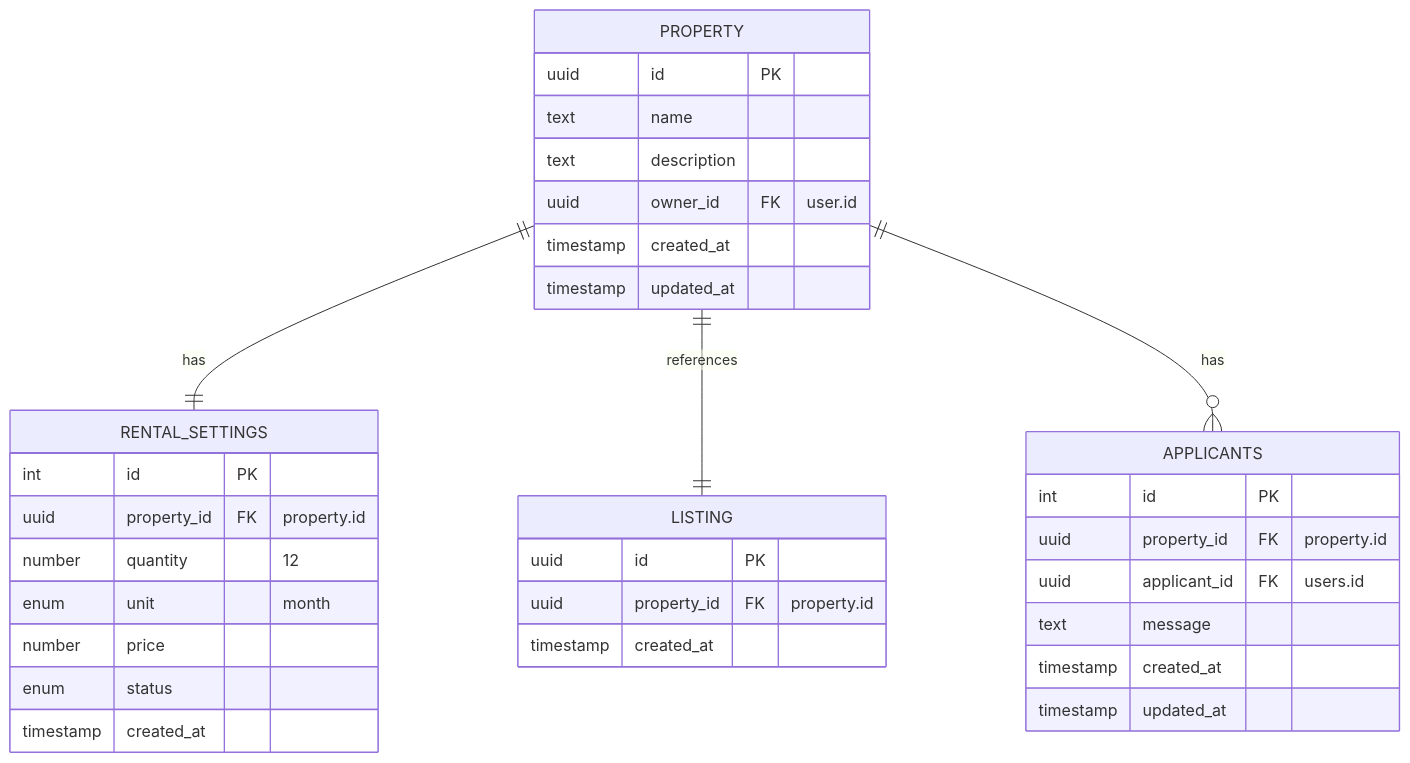
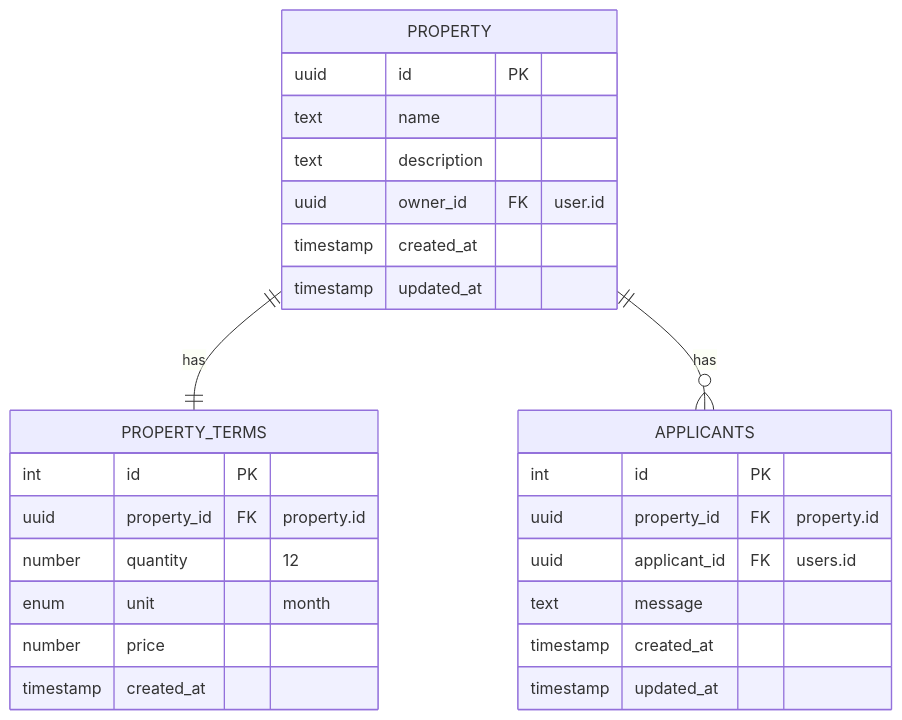
One commit to UpBrewTech/project-leasa changed the second of 3 diagrams in docs/ERD.md. Above: the diagram before and after it, drawn with Mermaid. The commit also changed other lines of this file, not shown here.

Commit message:
minor update

````diff
--- a/docs/ERD.md
+++ b/docs/ERD.md
@@ -55,41 +58,33 @@
 ```mermaid
 erDiagram
 
 PROPERTY {
     uuid id PK
     text name
     text description
     uuid owner_id FK "user.id"
     timestamp created_at
     timestamp updated_at
 }
 
-RENTAL_SETTINGS {
+PROPERTY_TERMS {
     int id PK
     uuid property_id FK "property.id"
     number quantity "12"
     enum unit "month"
     number price
-    enum status
     timestamp created_at
 }
 
 APPLICANTS {
     int id PK
     uuid property_id FK "property.id"
     uuid applicant_id FK "users.id"
     text message
     timestamp created_at
     timestamp updated_at
 }
 
-LISTING {
-    uuid id PK
-    uuid property_id FK "property.id"
-    timestamp created_at
-}
-
-PROPERTY ||--|| RENTAL_SETTINGS : "has"
-PROPERTY ||--|| LISTING : "references"
+PROPERTY ||--|| PROPERTY_TERMS : "has"
 PROPERTY ||--o{ APPLICANTS : "has"
 ```
````
